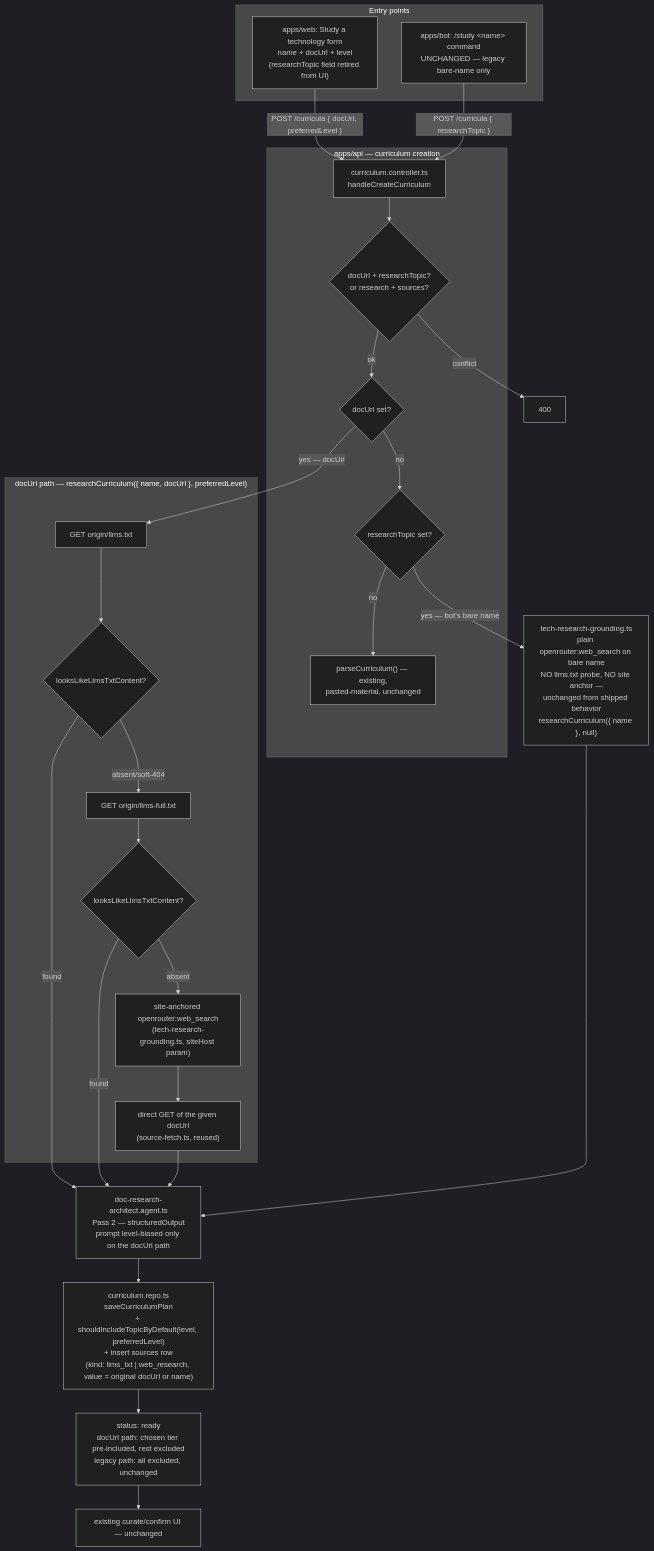
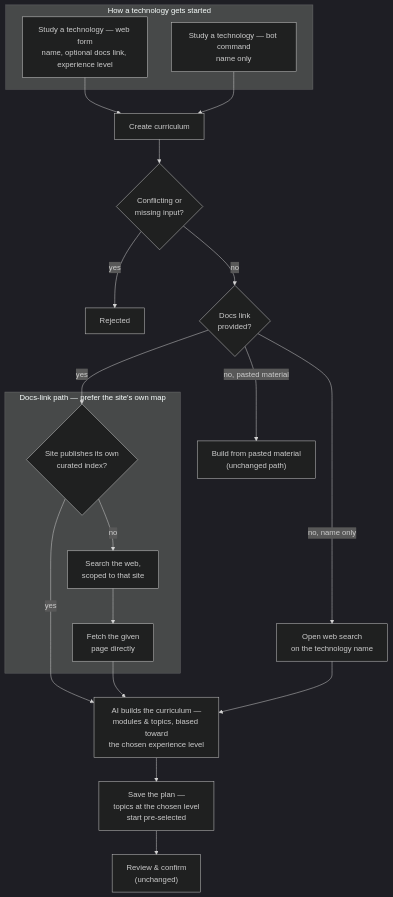
The diagram in docs/architecture/doc-link-technology-intake.md (ikushlianski/post-anki), drawn with Mermaid (dark theme) before and after one commit. The commit also changed 3 other files, not shown here.

First line of the commit message:
Simplify architecture diagrams to component level

````diff
--- a/docs/architecture/doc-link-technology-intake.md
+++ b/docs/architecture/doc-link-technology-intake.md
@@ -33,56 +33,43 @@
 ```mermaid
 flowchart TB
-  subgraph Entry["Entry points"]
-    WebForm["apps/web: Study a technology form<br/>name + docUrl + level<br/>(researchTopic field retired from UI)"]
-    BotCmd["apps/bot: /study &lt;name&gt; command<br/>UNCHANGED — legacy bare-name only"]
+  subgraph Entry["How a technology gets started"]
+    WebForm["Study a technology — web form<br/>name, optional docs link, experience level"]
+    BotCmd["Study a technology — bot command<br/>name only"]
   end
 
-  subgraph API["apps/api — curriculum creation"]
-    Controller["curriculum.controller.ts<br/>handleCreateCurriculum"]
-    Conflict{"docUrl + researchTopic?<br/>or research + sources?"}
-    Precedence{"docUrl set?"}
-    Legacy{"researchTopic set?"}
-    Parse["parseCurriculum() — existing,<br/>pasted-material, unchanged"]
+  Create["Create curriculum"]
+  ConflictCheck{"Conflicting or<br/>missing input?"}
+  Reject["Rejected"]
+  HasDocsLink{"Docs link<br/>provided?"}
+
+  subgraph DocsPath["Docs-link path — prefer the site's own map"]
+    OwnIndex{"Site publishes its own<br/>curated index?"}
+    SiteSearch["Search the web,<br/>scoped to that site"]
+    FetchPage["Fetch the given<br/>page directly"]
   end
 
-  subgraph UrlPath["docUrl path — researchCurriculum({ name, docUrl }, preferredLevel)"]
-    Probe1["GET origin/llms.txt"]
-    Check1{"looksLikeLlmsTxtContent?"}
-    Probe2["GET origin/llms-full.txt"]
-    Check2{"looksLikeLlmsTxtContent?"}
-    SiteSearch["site-anchored openrouter:web_search<br/>(tech-research-grounding.ts, siteHost param)"]
-    PageFetch["direct GET of the given docUrl<br/>(source-fetch.ts, reused)"]
-  end
+  NameSearch["Open web search<br/>on the technology name"]
+  PastedMaterial["Build from pasted material<br/>(unchanged path)"]
 
-  LegacyGround["tech-research-grounding.ts<br/>plain openrouter:web_search on bare name<br/>NO llms.txt probe, NO site anchor —<br/>unchanged from shipped behavior<br/>researchCurriculum({ name }, null)"]
+  Synthesize["AI builds the curriculum —<br/>modules & topics, biased toward<br/>the chosen experience level"]
+  Save["Save the plan —<br/>topics at the chosen level<br/>start pre-selected"]
+  Review["Review & confirm<br/>(unchanged)"]
 
-  Architect["doc-research-architect.agent.ts<br/>Pass 2 — structuredOutput<br/>prompt level-biased only on the docUrl path"]
-  Repo["curriculum.repo.ts<br/>saveCurriculumPlan<br/>+ shouldIncludeTopicByDefault(level, preferredLevel)<br/>+ insert sources row<br/>(kind: llms_txt | web_research, value = original docUrl or name)"]
-  Ready["status: ready<br/>docUrl path: chosen tier pre-included, rest excluded<br/>legacy path: all excluded, unchanged"]
-  Confirm["existing curate/confirm UI — unchanged"]
+  WebForm --> Create
+  BotCmd --> Create
+  Create --> ConflictCheck
+  ConflictCheck -->|"yes"| Reject
+  ConflictCheck -->|"no"| HasDocsLink
+  HasDocsLink -->|"yes"| OwnIndex
+  HasDocsLink -->|"no, name only"| NameSearch
+  HasDocsLink -->|"no, pasted material"| PastedMaterial
 
-  WebForm -->|"POST /curricula { docUrl, preferredLevel }"| Controller
-  BotCmd -->|"POST /curricula { researchTopic }"| Controller
-  Controller --> Conflict
-  Conflict -->|"conflict"| Reject["400"]
-  Conflict -->|"ok"| Precedence
-  Precedence -->|"yes — docUrl"| Probe1
-  Precedence -->|"no"| Legacy
-  Legacy -->|"yes — bot's bare name"| LegacyGround
-  Legacy -->|"no"| Parse
+  OwnIndex -->|"yes"| Synthesize
+  OwnIndex -->|"no"| SiteSearch
+  SiteSearch --> FetchPage
+  FetchPage --> Synthesize
+  NameSearch --> Synthesize
 
-  Probe1 --> Check1
-  Check1 -->|"found"| Architect
-  Check1 -->|"absent/soft-404"| Probe2
-  Probe2 --> Check2
-  Check2 -->|"found"| Architect
-  Check2 -->|"absent"| SiteSearch
-  SiteSearch --> PageFetch
-  PageFetch --> Architect
-
-  LegacyGround --> Architect
-
-  Architect --> Repo
-  Repo --> Ready
-  Ready --> Confirm
+  Synthesize --> Save
+  Save --> Review
 ```
````
